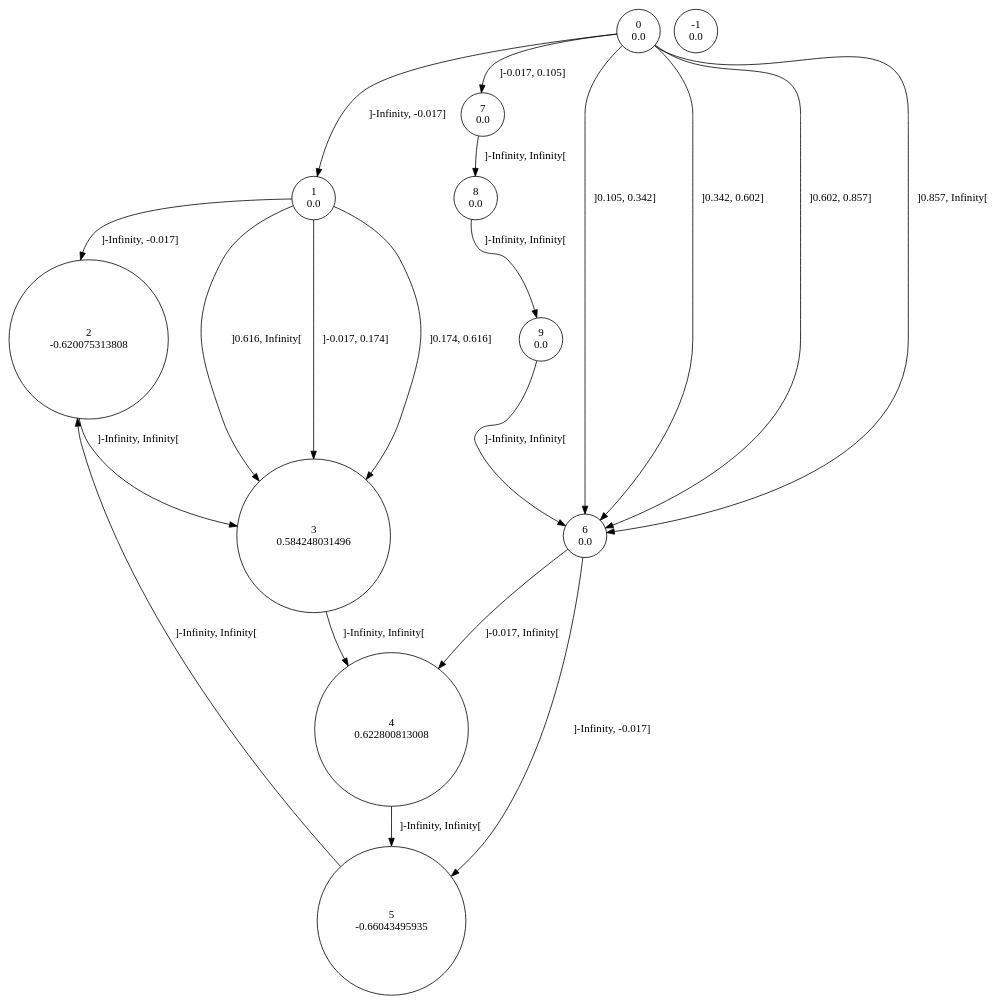
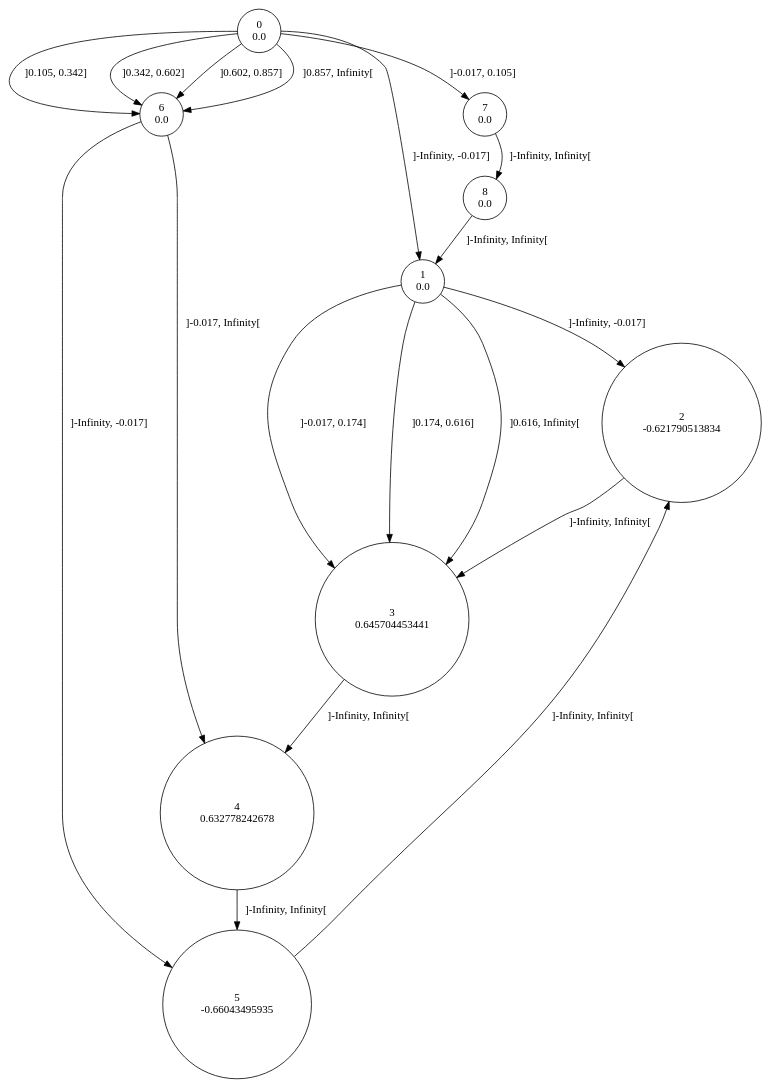
The diagram in sinus/data/0/rtitm.dot (gllpellegrino/RAI_experiments), drawn with Graphviz before and after one commit. The commit also changed 14 other files, not shown here.

```diff
--- a/sinus/data/0/rtitm.dot
+++ b/sinus/data/0/rtitm.dot
@@ -1,32 +1,29 @@
 digraph a {
 0 [shape=circle, label="0\n0.0"];
 	0->1 [ label="]-Infinity, -0.017]"];
 	0->7 [ label="]-0.017, 0.105]"];
 	0->6 [ label="]0.105, 0.342]"];
 	0->6 [ label="]0.342, 0.602]"];
 	0->6 [ label="]0.602, 0.857]"];
 	0->6 [ label="]0.857, Infinity["];
 1 [shape=circle, label="1\n0.0"];
 	1->2 [ label="]-Infinity, -0.017]"];
 	1->3 [ label="]-0.017, 0.174]"];
 	1->3 [ label="]0.174, 0.616]"];
 	1->3 [ label="]0.616, Infinity["];
-2 [shape=circle, label="2\n-0.620075313808"];
+2 [shape=circle, label="2\n-0.621790513834"];
 	2->3 [ label="]-Infinity, Infinity["];
-3 [shape=circle, label="3\n0.584248031496"];
+3 [shape=circle, label="3\n0.645704453441"];
 	3->4 [ label="]-Infinity, Infinity["];
-4 [shape=circle, label="4\n0.622800813008"];
+4 [shape=circle, label="4\n0.632778242678"];
 	4->5 [ label="]-Infinity, Infinity["];
 5 [shape=circle, label="5\n-0.66043495935"];
 	5->2 [ label="]-Infinity, Infinity["];
 6 [shape=circle, label="6\n0.0"];
 	6->5 [ label="]-Infinity, -0.017]"];
 	6->4 [ label="]-0.017, Infinity["];
 7 [shape=circle, label="7\n0.0"];
 	7->8 [ label="]-Infinity, Infinity["];
 8 [shape=circle, label="8\n0.0"];
-	8->9 [ label="]-Infinity, Infinity["];
-9 [shape=circle, label="9\n0.0"];
-	9->6 [ label="]-Infinity, Infinity["];
--1 [shape=circle, label="-1\n0.0"];
+	8->1 [ label="]-Infinity, Infinity["];
 }
```
